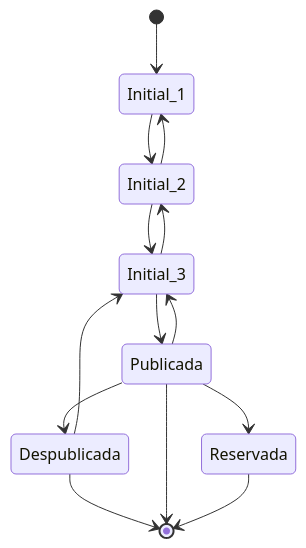
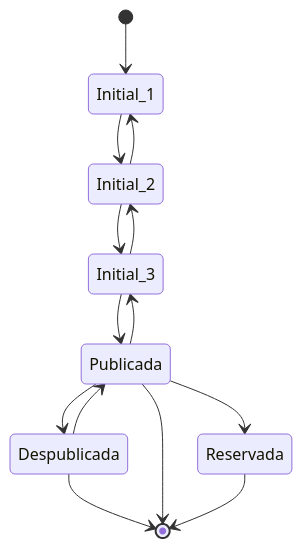
One commit to Gabirojas1/AplicacionesDistributivasBackEndTPO changed the first of 3 diagrams in README.md. Above: the diagram before and after it, drawn with Mermaid.

Commit message:
README.md

````diff
--- a/README.md
+++ b/README.md
@@ -99,16 +99,16 @@
 ```mermaid
 stateDiagram-v2
 [*] --> Initial_1
 Initial_1 --> Initial_2
 Initial_2 --> Initial_1
 Initial_2 --> Initial_3
 Initial_3 --> Initial_2
 Initial_3 --> Publicada
 Publicada --> Initial_3
-Despublicada --> Initial_3
 Publicada --> Despublicada
 Publicada --> Reservada
+Despublicada --> Publicada
 Despublicada --> [*]
 Publicada --> [*]
 Reservada --> [*]
 ```
````
